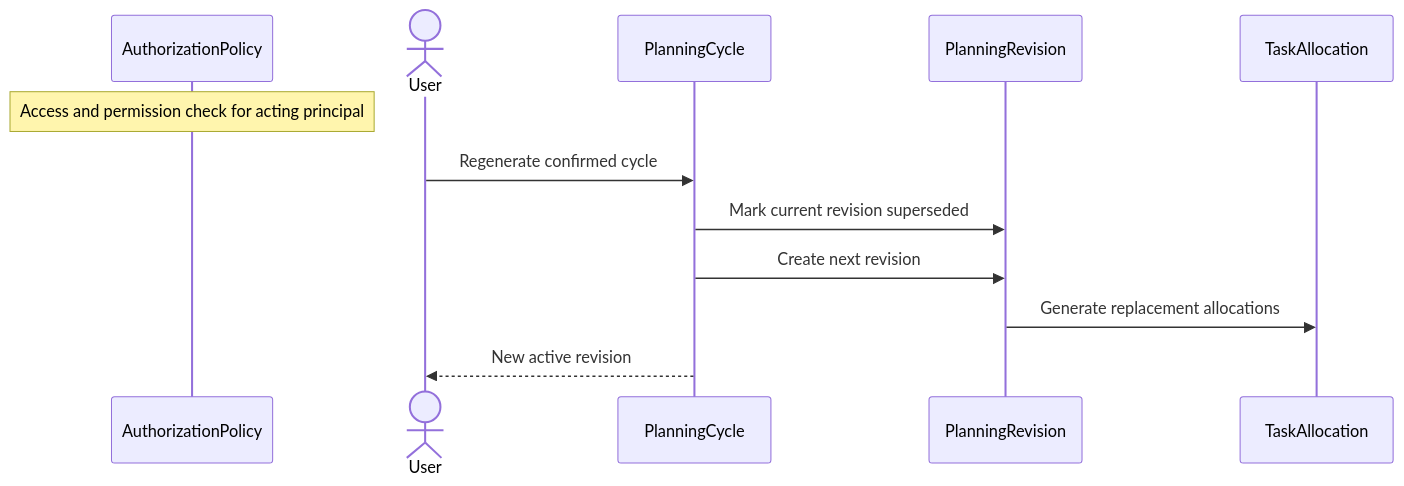
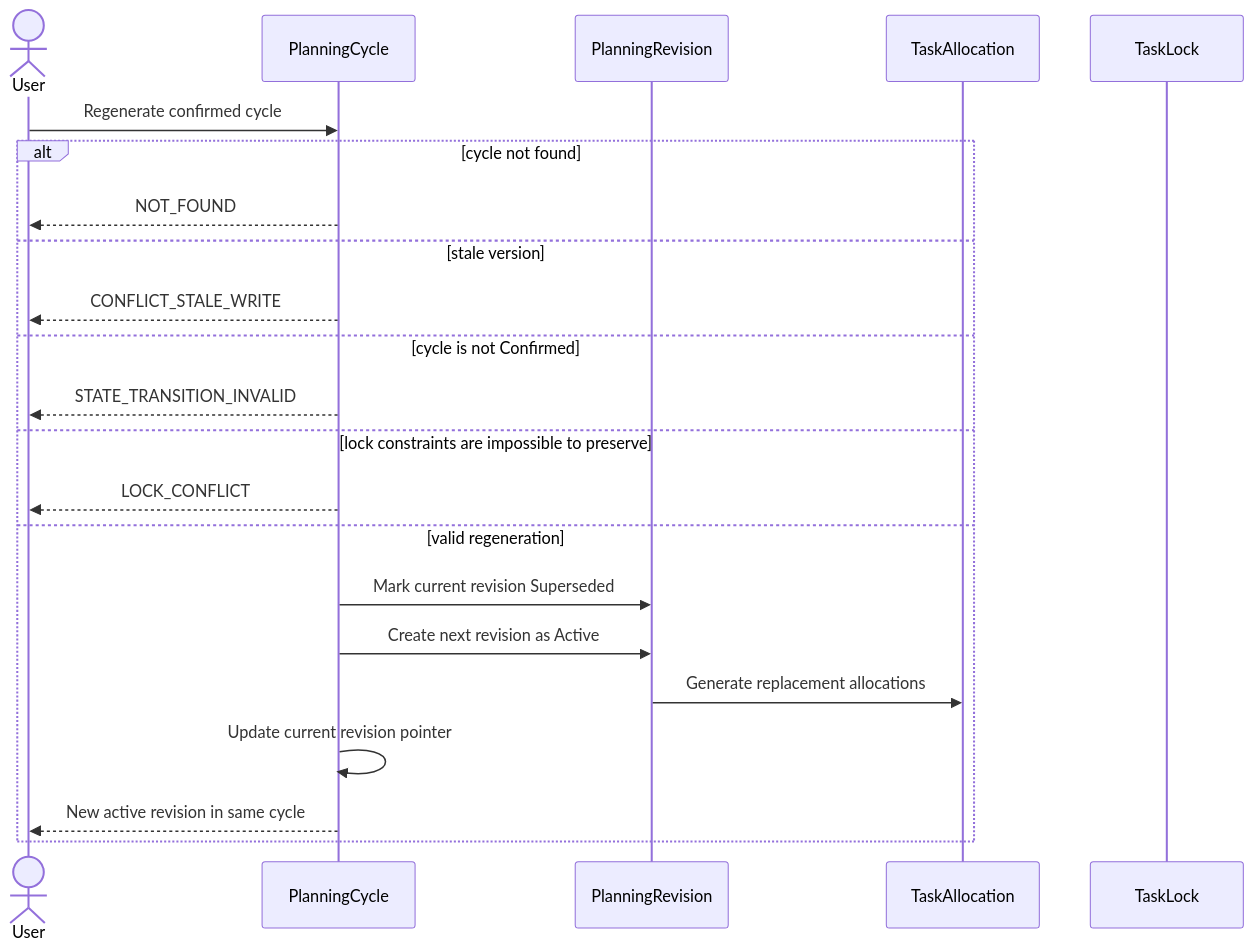
Before and after one commit to ChidiRnweke/margin: the eighth of 11 diagrams in architecture/sequence-diagrams/04-availability-planning.md, drawn with Mermaid. The commit also changed other lines of this file and 12 other files, not shown here.

Commit message:
Enhance sequence diagrams and introduce traceability matrix

````diff
--- a/architecture/sequence-diagrams/04-availability-planning.md
+++ b/architecture/sequence-diagrams/04-availability-planning.md
@@ -125,14 +165,24 @@
 ```mermaid
 sequenceDiagram
-    participant G as AuthorizationPolicy
-    Note over G: Access and permission check for acting principal
     actor U as User
     participant C as PlanningCycle
     participant R as PlanningRevision
     participant A as TaskAllocation
+    participant L as TaskLock
     U->>C: Regenerate confirmed cycle
-    C->>R: Mark current revision superseded
-    C->>R: Create next revision
-    R->>A: Generate replacement allocations
-    C-->>U: New active revision
+    alt cycle not found
+        C-->>U: NOT_FOUND
+    else stale version
+        C-->>U: CONFLICT_STALE_WRITE
+    else cycle is not Confirmed
+        C-->>U: STATE_TRANSITION_INVALID
+    else lock constraints are impossible to preserve
+        C-->>U: LOCK_CONFLICT
+    else valid regeneration
+        C->>R: Mark current revision Superseded
+        C->>R: Create next revision as Active
+        R->>A: Generate replacement allocations
+        C->>C: Update current revision pointer
+        C-->>U: New active revision in same cycle
+    end
 ```
````
